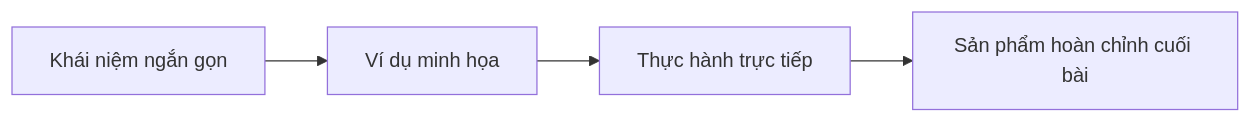
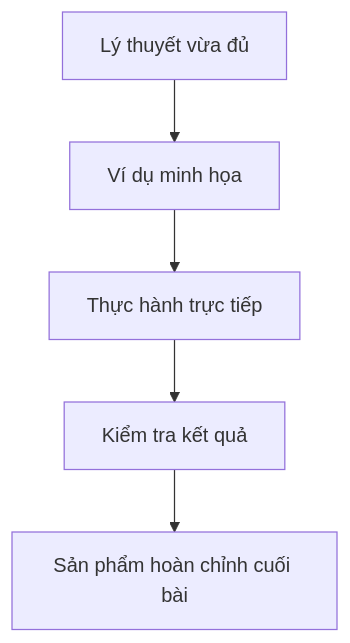
The second of 2 diagrams in khoa-hoc-vibe-coding-co-ban/Module 01 - Gioi Thieu/01-gioi-thieu-giang-vien.md (AlanKhan145/course-knowledge-base), drawn with Mermaid before and after one commit. The commit also changed other lines of this file and 19 other files, not shown here.

````diff
--- a/khoa-hoc-vibe-coding-co-ban/Module 01 - Gioi Thieu/01-gioi-thieu-giang-vien.md
+++ b/khoa-hoc-vibe-coding-co-ban/Module 01 - Gioi Thieu/01-gioi-thieu-giang-vien.md
@@ -38,6 +93,7 @@
 ```mermaid
-flowchart LR
-    A["Khái niệm ngắn gọn"] --> B["Ví dụ minh họa"]
+flowchart TD
+    A["Lý thuyết vừa đủ"] --> B["Ví dụ minh họa"]
     B --> C["Thực hành trực tiếp"]
-    C --> D["Sản phẩm hoàn chỉnh cuối bài"]
+    C --> D["Kiểm tra kết quả"]
+    D --> E["Sản phẩm hoàn chỉnh cuối bài"]
 ```
````
